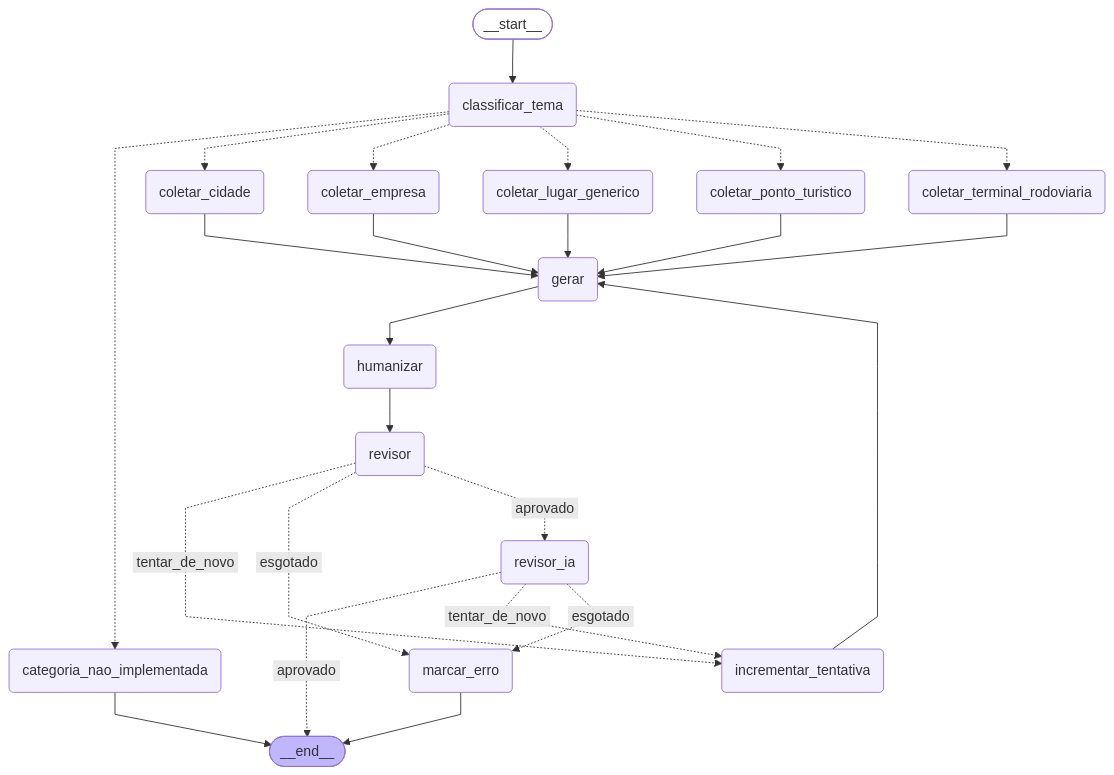
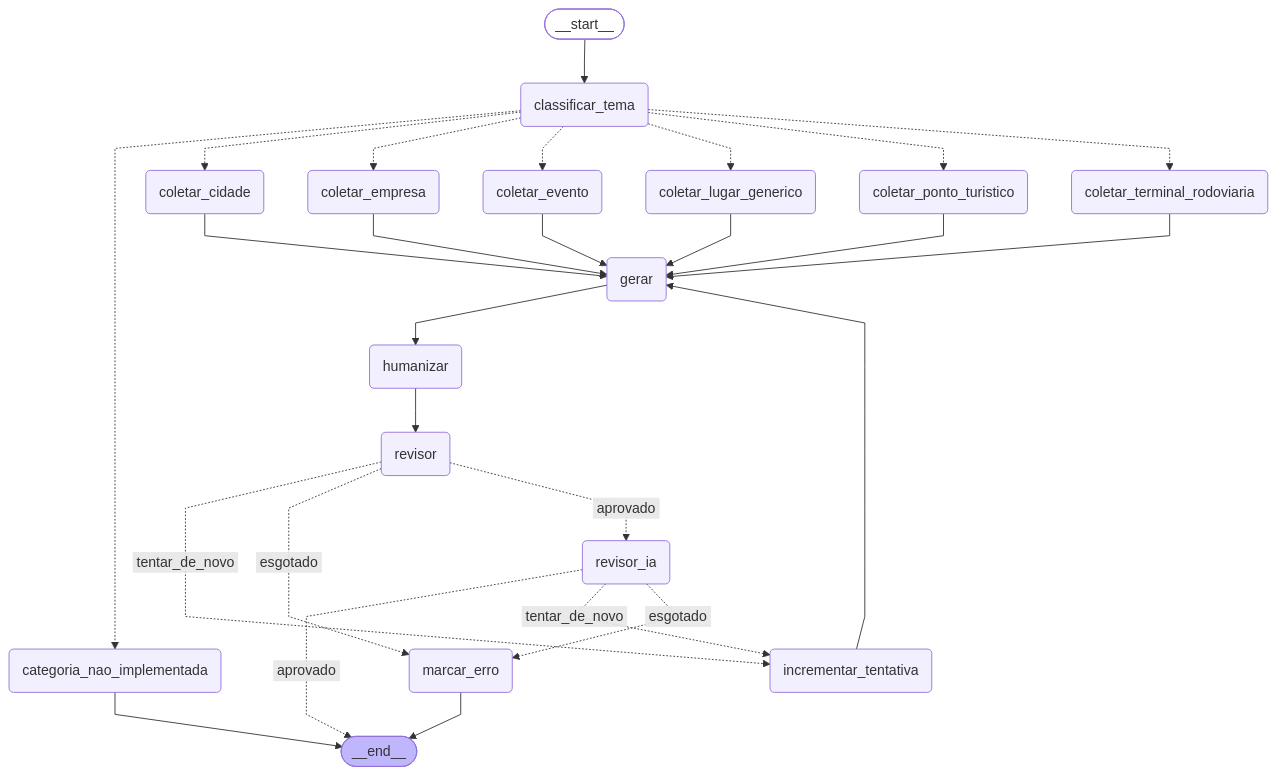
The diagram in formatos/descricao/explicacao_descricao_grafo/grafo_descricao.mmd (thomascorreia-data/gerador-conteudo-seo), drawn with Mermaid before and after one commit. The commit also changed 13 other files, not shown here.

```diff
--- a/formatos/descricao/explicacao_descricao_grafo/grafo_descricao.mmd
+++ b/formatos/descricao/explicacao_descricao_grafo/grafo_descricao.mmd
@@ -1,47 +1,50 @@
 ---
 config:
   flowchart:
     curve: linear
 ---
 graph TD;
 	__start__([<p>__start__</p>]):::first
 	classificar_tema(classificar_tema)
 	coletar_empresa(coletar_empresa)
 	coletar_ponto_turistico(coletar_ponto_turistico)
 	coletar_cidade(coletar_cidade)
 	coletar_terminal_rodoviaria(coletar_terminal_rodoviaria)
 	coletar_lugar_generico(coletar_lugar_generico)
+	coletar_evento(coletar_evento)
 	categoria_nao_implementada(categoria_nao_implementada)
 	gerar(gerar)
 	humanizar(humanizar)
 	revisor(revisor)
 	revisor_ia(revisor_ia)
 	incrementar_tentativa(incrementar_tentativa)
 	marcar_erro(marcar_erro)
 	__end__([<p>__end__</p>]):::last
 	__start__ --> classificar_tema;
 	classificar_tema -.-> categoria_nao_implementada;
 	classificar_tema -.-> coletar_cidade;
 	classificar_tema -.-> coletar_empresa;
+	classificar_tema -.-> coletar_evento;
 	classificar_tema -.-> coletar_lugar_generico;
 	classificar_tema -.-> coletar_ponto_turistico;
 	classificar_tema -.-> coletar_terminal_rodoviaria;
 	coletar_cidade --> gerar;
 	coletar_empresa --> gerar;
+	coletar_evento --> gerar;
 	coletar_lugar_generico --> gerar;
 	coletar_ponto_turistico --> gerar;
 	coletar_terminal_rodoviaria --> gerar;
 	gerar --> humanizar;
 	humanizar --> revisor;
 	incrementar_tentativa --> gerar;
 	revisor -. &nbsp;tentar_de_novo&nbsp; .-> incrementar_tentativa;
 	revisor -. &nbsp;esgotado&nbsp; .-> marcar_erro;
 	revisor -. &nbsp;aprovado&nbsp; .-> revisor_ia;
 	revisor_ia -. &nbsp;aprovado&nbsp; .-> __end__;
 	revisor_ia -. &nbsp;tentar_de_novo&nbsp; .-> incrementar_tentativa;
 	revisor_ia -. &nbsp;esgotado&nbsp; .-> marcar_erro;
 	categoria_nao_implementada --> __end__;
 	marcar_erro --> __end__;
 	classDef default fill:#f2f0ff,line-height:1.2
 	classDef first fill-opacity:0
 	classDef last fill:#bfb6fc
```
